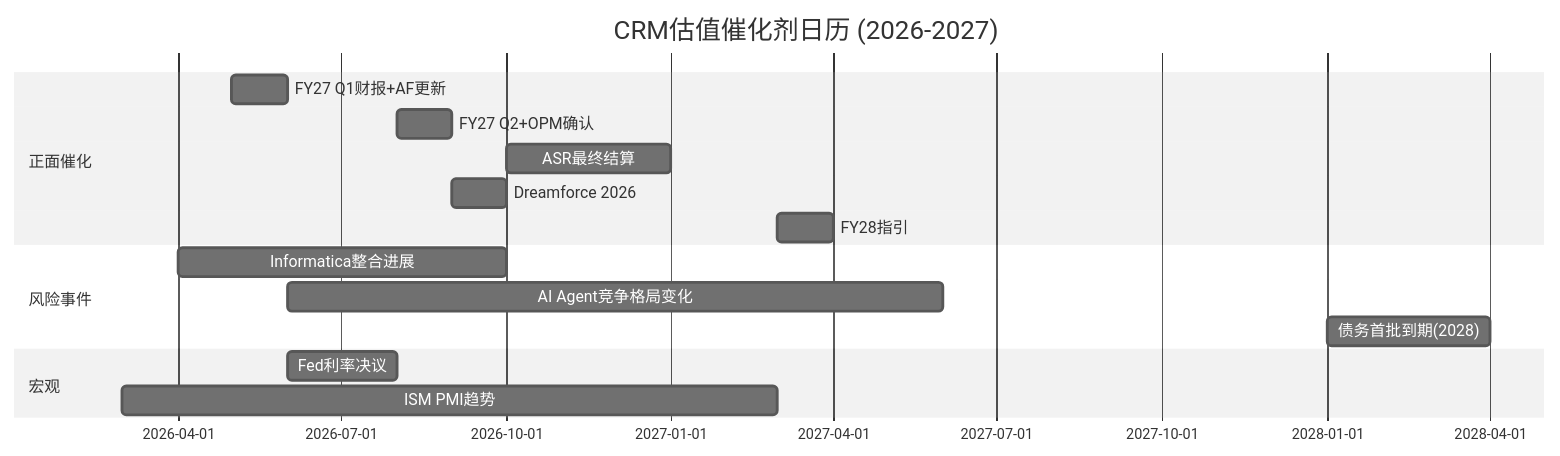
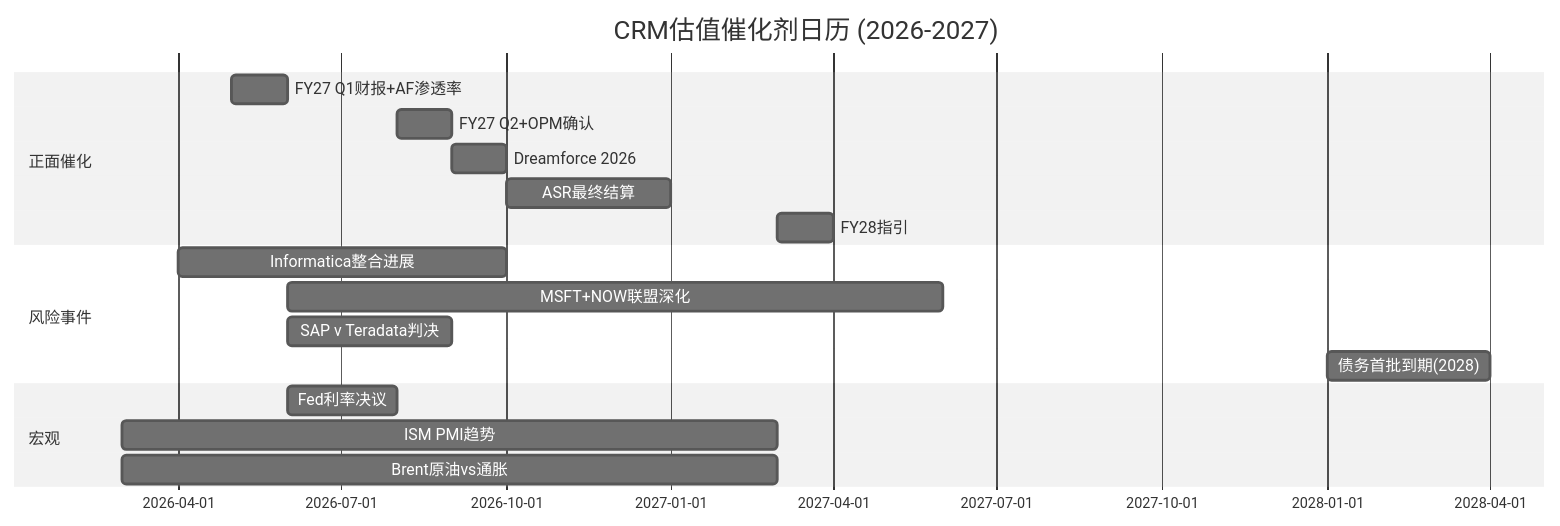
Before and after one commit to miltonnewyork25-afk/investment-master: the fourth of 5 diagrams in reports/CRM/staging/phase3_red_team.md, drawn with Mermaid (neutral theme). The commit also changed other lines of this file, not shown here.

First line of the commit message:
feat(CRM): Phase 3 v2.0重写完成 — 45.7K/51DM/5Mermaid/ADBE跨报告对标

````diff
--- a/reports/CRM/staging/phase3_red_team.md
+++ b/reports/CRM/staging/phase3_red_team.md
@@ -330,18 +774,20 @@
 ```mermaid
 gantt
     title CRM估值催化剂日历 (2026-2027)
     dateFormat  YYYY-MM
     section 正面催化
-    FY27 Q1财报+AF更新     :a1, 2026-05, 1M
-    FY27 Q2+OPM确认        :a2, 2026-08, 1M
-    ASR最终结算             :a3, 2026-10, 3M
-    Dreamforce 2026         :a4, 2026-09, 1M
-    FY28指引                :a5, 2027-03, 1M
+    FY27 Q1财报+AF渗透率     :a1, 2026-05, 1M
+    FY27 Q2+OPM确认          :a2, 2026-08, 1M
+    Dreamforce 2026           :a3, 2026-09, 1M
+    ASR最终结算               :a4, 2026-10, 3M
+    FY28指引                  :a5, 2027-03, 1M
     section 风险事件
-    Informatica整合进展     :b1, 2026-04, 6M
-    AI Agent竞争格局变化    :b2, 2026-06, 12M
-    债务首批到期(2028)      :b3, 2028-01, 3M
+    Informatica整合进展       :b1, 2026-04, 6M
+    MSFT+NOW联盟深化          :b2, 2026-06, 12M
+    SAP v Teradata判决        :b3, 2026-06, 3M
+    债务首批到期(2028)        :b4, 2028-01, 3M
     section 宏观
-    Fed利率决议             :c1, 2026-06, 2M
-    ISM PMI趋势             :c2, 2026-03, 12M
+    Fed利率决议               :c1, 2026-06, 2M
+    ISM PMI趋势              :c2, 2026-03, 12M
+    Brent原油vs通胀           :c3, 2026-03, 12M
 ```
````
